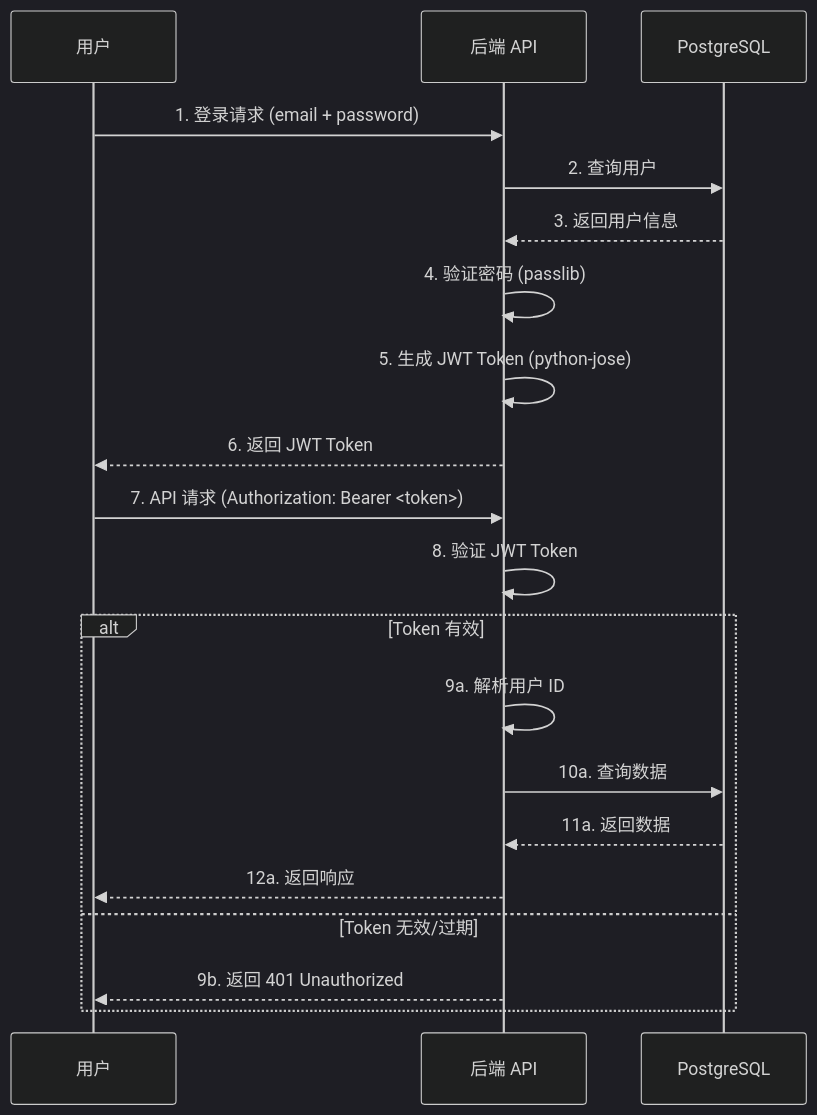
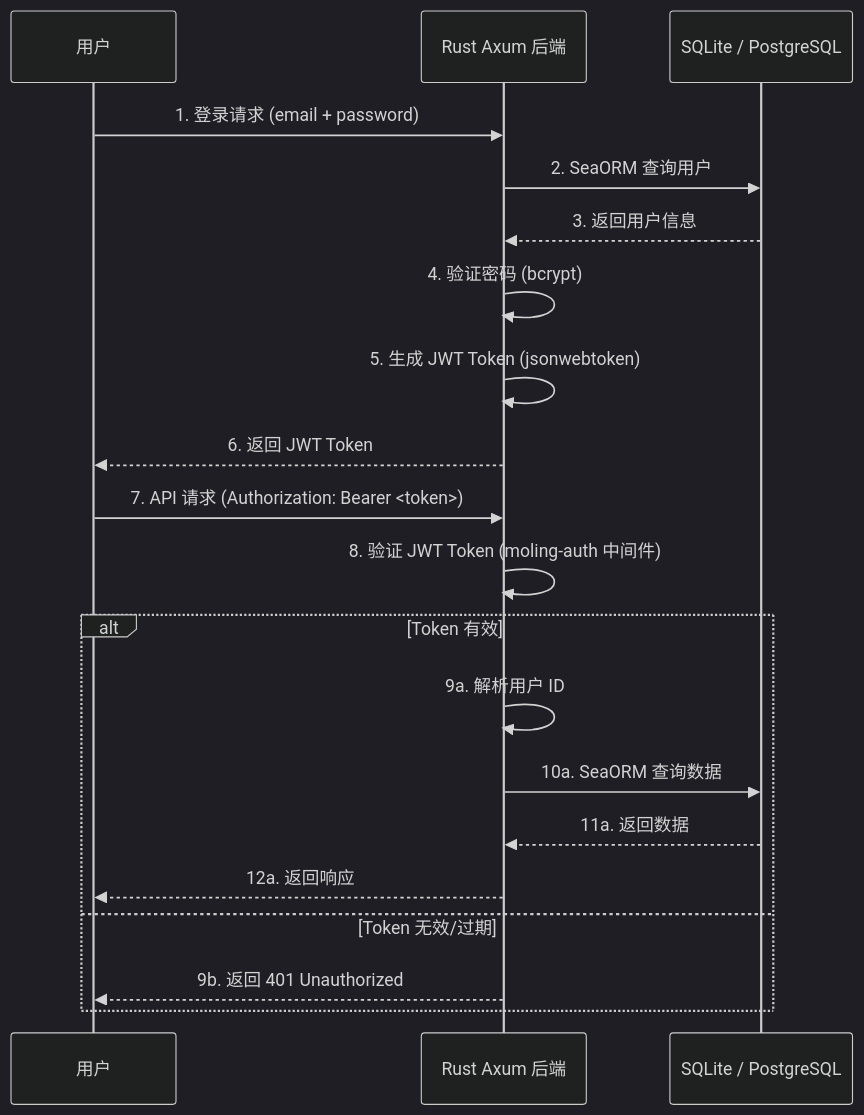
The seventh of 7 diagrams in docs/ARCHITECTURE.md (2eho/moling), drawn with Mermaid (dark theme) before and after one commit. The commit also changed other lines of this file and 185 other files, not shown here.

````diff
--- a/docs/ARCHITECTURE.md
+++ b/docs/ARCHITECTURE.md
@@ -1059,24 +1111,24 @@
 ```mermaid
 sequenceDiagram
     participant U as 用户
-    participant A as 后端 API
-    participant D as PostgreSQL
+    participant A as Rust Axum 后端
+    participant D as SQLite / PostgreSQL
 
     U->>A: 1. 登录请求 (email + password)
-    A->>D: 2. 查询用户
+    A->>D: 2. SeaORM 查询用户
     D-->>A: 3. 返回用户信息
-    A->>A: 4. 验证密码 (passlib)
-    A->>A: 5. 生成 JWT Token (python-jose)
+    A->>A: 4. 验证密码 (bcrypt)
+    A->>A: 5. 生成 JWT Token (jsonwebtoken)
     A-->>U: 6. 返回 JWT Token
 
     U->>A: 7. API 请求 (Authorization: Bearer <token>)
-    A->>A: 8. 验证 JWT Token
+    A->>A: 8. 验证 JWT Token (moling-auth 中间件)
     alt Token 有效
         A->>A: 9a. 解析用户 ID
-        A->>D: 10a. 查询数据
+        A->>D: 10a. SeaORM 查询数据
         D-->>A: 11a. 返回数据
         A-->>U: 12a. 返回响应
     else Token 无效/过期
         A-->>U: 9b. 返回 401 Unauthorized
     end
 ```
````
